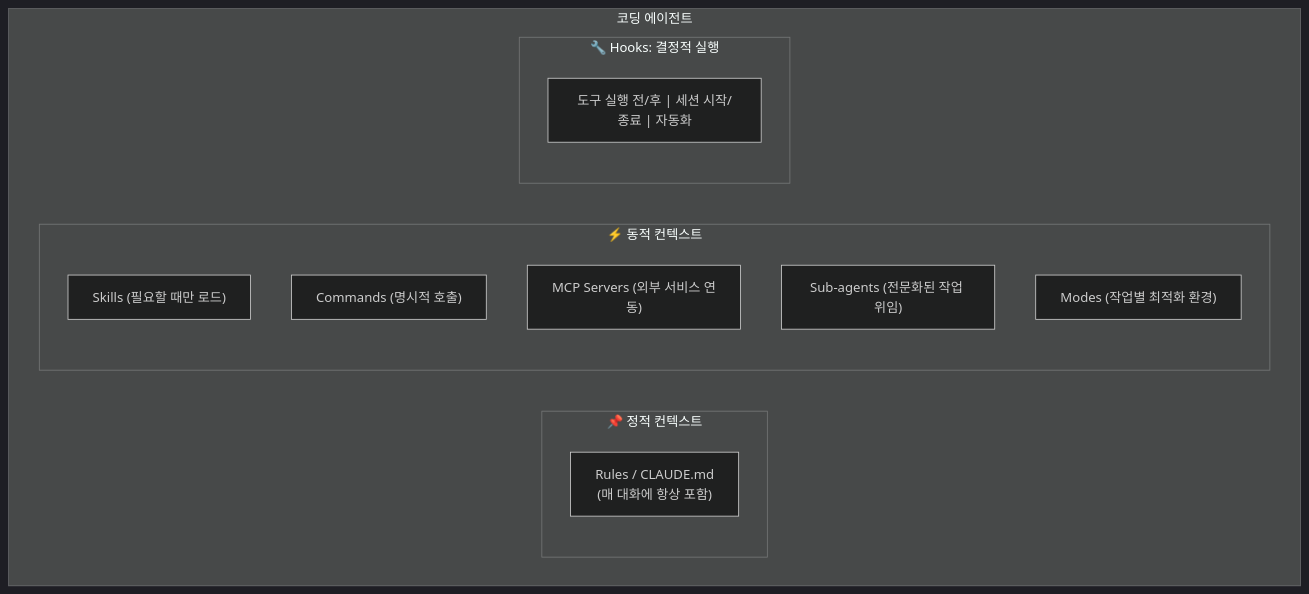
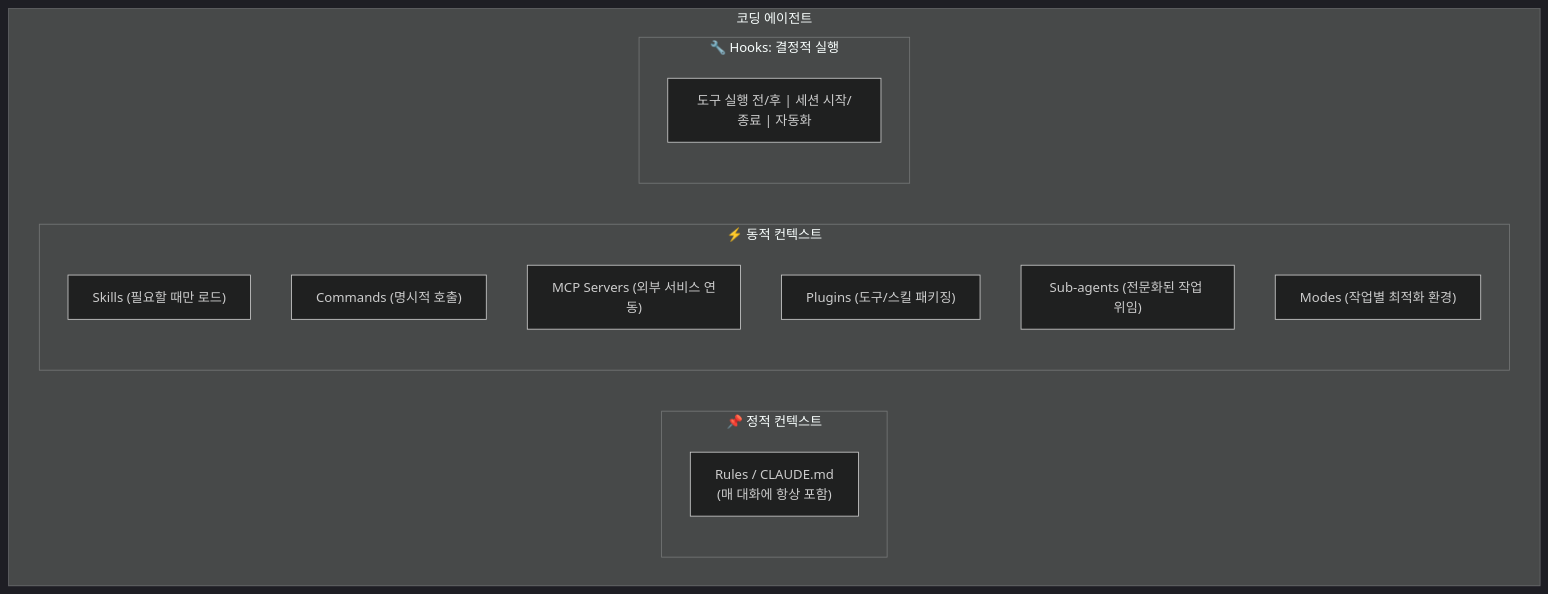
The tenth of 10 diagrams in apps/blog/posts/2026/01/coding-agent-core-concepts.md (yceffort/blog), drawn with Mermaid (dark theme) before and after one commit. The commit also changed other lines of this file, not shown here.

Commit message:
✨ Add Plugins section and Tips & Tricks to coding agent guide

````diff
--- a/apps/blog/posts/2026/01/coding-agent-core-concepts.md
+++ b/apps/blog/posts/2026/01/coding-agent-core-concepts.md
@@ -1179,20 +1318,21 @@
 ```mermaid
 flowchart TB
     subgraph Agent["코딩 에이전트"]
         subgraph Static["📌 정적 컨텍스트"]
             Rules["Rules / CLAUDE.md<br/>(매 대화에 항상 포함)"]
         end
 
         subgraph Dynamic["⚡ 동적 컨텍스트"]
             Skills["Skills (필요할 때만 로드)"]
             Commands["Commands (명시적 호출)"]
             MCP["MCP Servers (외부 서비스 연동)"]
+            Plugins["Plugins (도구/스킬 패키징)"]
             SubAgents["Sub-agents (전문화된 작업 위임)"]
             Modes["Modes (작업별 최적화 환경)"]
         end
 
         subgraph HooksLayer["🔧 Hooks: 결정적 실행"]
             Hooks["도구 실행 전/후 | 세션 시작/종료 | 자동화"]
         end
     end
 ```
````
